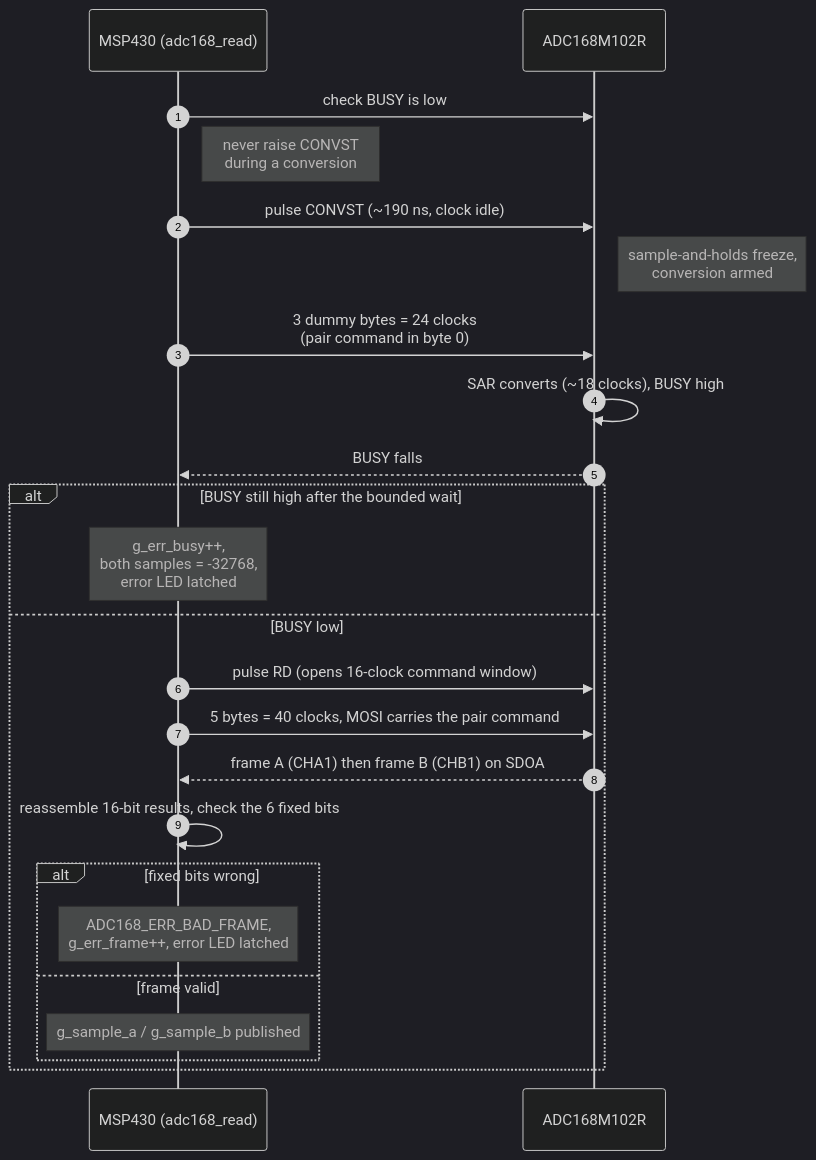
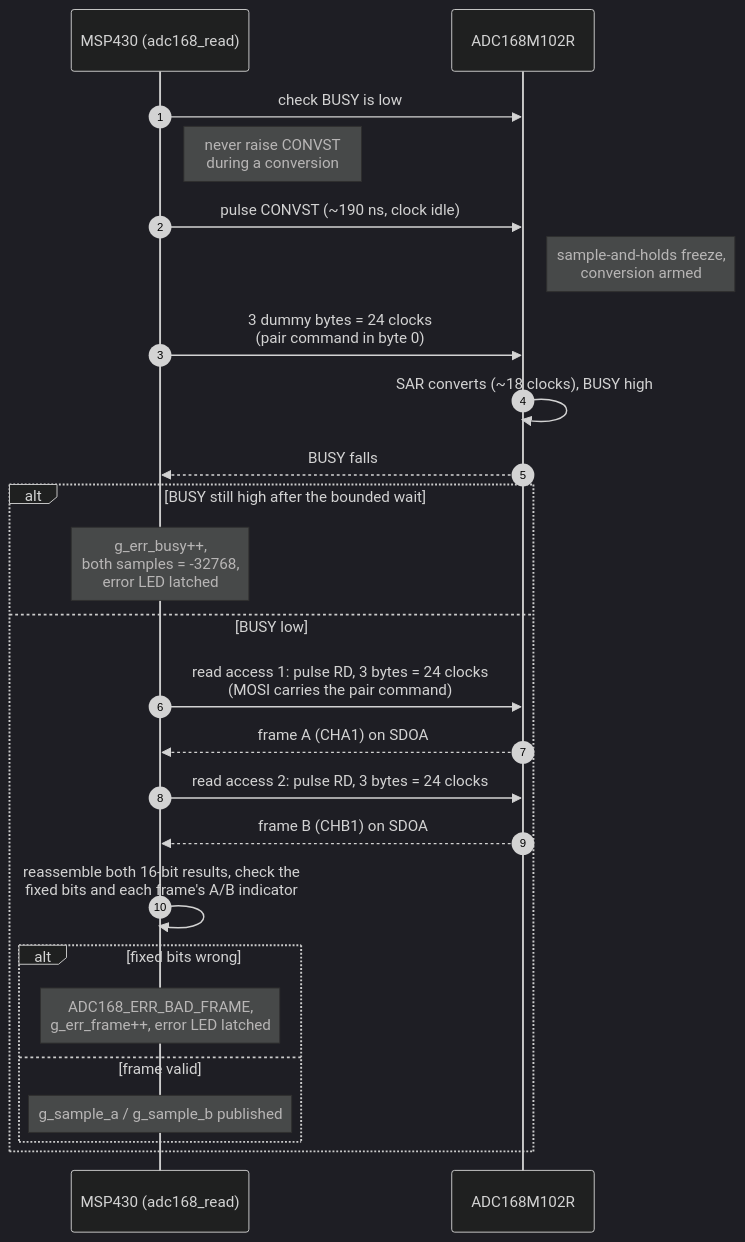
One commit to S-OConnor/MSP430_TestRepo changed the ninth of 13 diagrams in docs/DESIGN.md. Above: the diagram before and after it, drawn with Mermaid (dark theme). The commit also changed other lines of this file and 7 other files, not shown here.

````diff
--- a/docs/DESIGN.md
+++ b/docs/DESIGN.md
@@ -923,27 +933,28 @@
 ```mermaid
 sequenceDiagram
     autonumber
     participant M as MSP430 (adc168_read)
     participant A as ADC168M102R
 
     M->>A: check BUSY is low
     Note right of M: never raise CONVST<br/>during a conversion
     M->>A: pulse CONVST (~190 ns, clock idle)
     Note right of A: sample-and-holds freeze,<br/>conversion armed
     M->>A: 3 dummy bytes = 24 clocks<br/>(pair command in byte 0)
     A->>A: SAR converts (~18 clocks), BUSY high
     A-->>M: BUSY falls
     alt BUSY still high after the bounded wait
         Note over M: g_err_busy++,<br/>both samples = -32768,<br/>error LED latched
     else BUSY low
-        M->>A: pulse RD (opens 16-clock command window)
-        M->>A: 5 bytes = 40 clocks, MOSI carries the pair command
-        A-->>M: frame A (CHA1) then frame B (CHB1) on SDOA
-        M->>M: reassemble 16-bit results, check the 6 fixed bits
+        M->>A: read access 1: pulse RD, 3 bytes = 24 clocks<br/>(MOSI carries the pair command)
+        A-->>M: frame A (CHA1) on SDOA
+        M->>A: read access 2: pulse RD, 3 bytes = 24 clocks
+        A-->>M: frame B (CHB1) on SDOA
+        M->>M: reassemble both 16-bit results, check the<br/>fixed bits and each frame's A/B indicator
         alt fixed bits wrong
             Note over M: ADC168_ERR_BAD_FRAME,<br/>g_err_frame++, error LED latched
         else frame valid
             Note over M: g_sample_a / g_sample_b published
         end
     end
 ```
````
